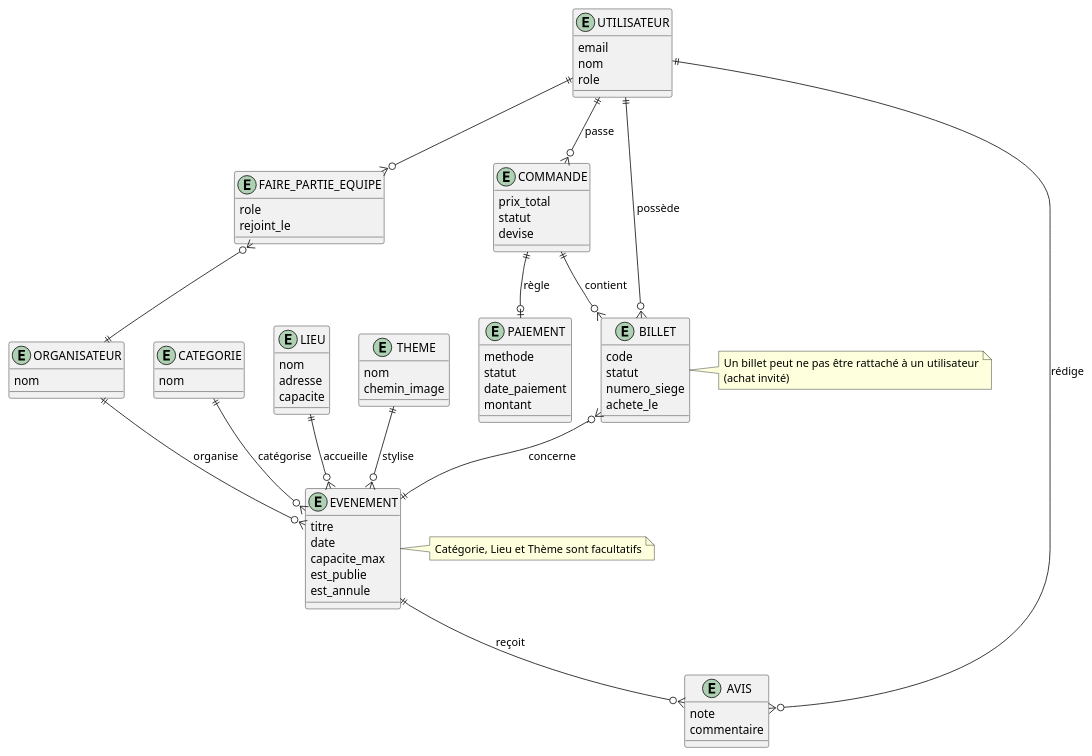
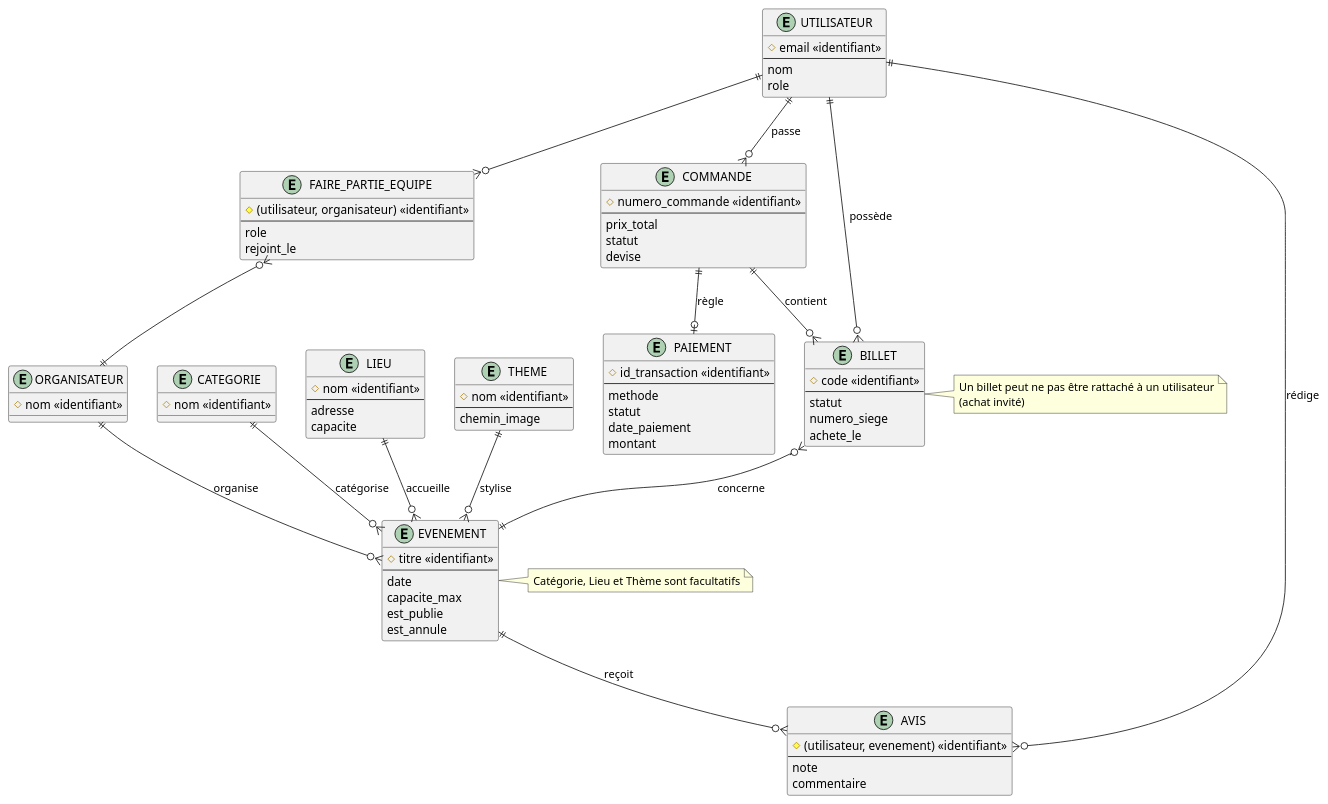
The diagram in diagrams/merise/mcd-billetterie.puml (CorentinCoulet/M-C-Billetterie), drawn with PlantUML before and after one commit. The commit also changed 7 other files, not shown here.

Commit message:
correction de plusieurs diagrammes

```diff
--- a/diagrams/merise/mcd-billetterie.puml
+++ b/diagrams/merise/mcd-billetterie.puml
@@ -1,92 +1,105 @@
 @startuml MCD-Billetterie
 
-' === ENTITÉS (conceptuel, sans détails techniques) ===
+' === ENTITÉS (conceptuel, avec identifiants métier) ===
 entity UTILISATEUR {
-  email
+  # email <<identifiant>>
+  --
   nom
   role
 }
 
 entity ORGANISATEUR {
-  nom
+  # nom <<identifiant>>
 }
 
 entity EVENEMENT {
-  titre
+  # titre <<identifiant>>
+  --
   date
   capacite_max
   est_publie
   est_annule
 }
 
 entity COMMANDE {
+  # numero_commande <<identifiant>>
+  --
   prix_total
   statut
   devise
 }
 
 entity BILLET {
-  code
+  # code <<identifiant>>
+  --
   statut
   numero_siege
   achete_le
 }
 
 entity PAIEMENT {
+  # id_transaction <<identifiant>>
+  --
   methode
   statut
   date_paiement
   montant
 }
 
 entity CATEGORIE {
-  nom
+  # nom <<identifiant>>
 }
 
 entity LIEU {
-  nom
+  # nom <<identifiant>>
+  --
   adresse
   capacite
 }
 
 entity AVIS {
+  # (utilisateur, evenement) <<identifiant>>
+  --
   note
   commentaire
 }
 
 entity THEME {
-  nom
+  # nom <<identifiant>>
+  --
   chemin_image
 }
 
 ' Association porteuse d'attributs (conceptuelle)
 entity FAIRE_PARTIE_EQUIPE {
+  # (utilisateur, organisateur) <<identifiant>>
+  --
   role
   rejoint_le
 }
 
 ' === RELATIONS ET CARDINALITÉS (conceptuel) ===
 UTILISATEUR ||--o{ COMMANDE : passe
 COMMANDE ||--o{ BILLET : contient
 BILLET }o--|| EVENEMENT : concerne
 UTILISATEUR ||--o{ BILLET : possède
 ORGANISATEUR ||--o{ EVENEMENT : organise
 CATEGORIE ||--o{ EVENEMENT : catégorise
 LIEU ||--o{ EVENEMENT : accueille
 UTILISATEUR ||--o{ AVIS : rédige
 EVENEMENT ||--o{ AVIS : reçoit
 THEME ||--o{ EVENEMENT : stylise
 UTILISATEUR ||--o{ FAIRE_PARTIE_EQUIPE
 FAIRE_PARTIE_EQUIPE }o--|| ORGANISATEUR
 COMMANDE ||--o| PAIEMENT : règle
 
 note right of EVENEMENT
   Catégorie, Lieu et Thème sont facultatifs
 end note
 
 note right of BILLET
   Un billet peut ne pas être rattaché à un utilisateur
   (achat invité)
 end note
 
 @enduml
```
